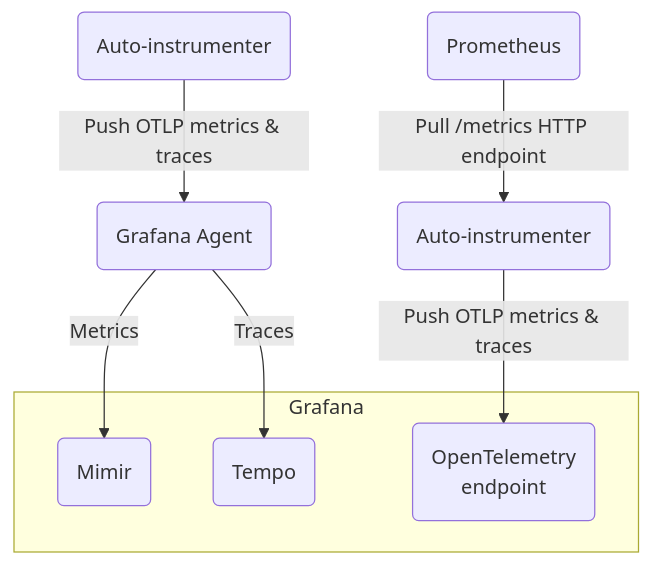
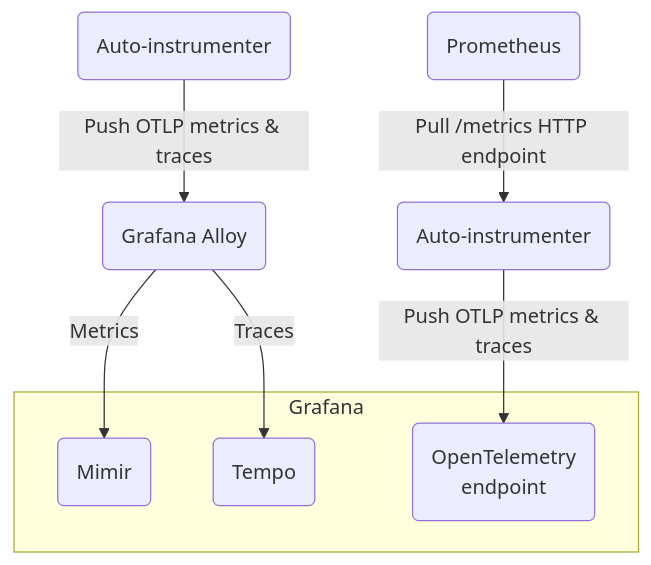
Before and after one commit to grafana/beyla: the diagram in docs/sources/flowchart/agent-vs-direct.mmd, drawn with Mermaid. The commit also changed 7 other files, not shown here.

Commit message:
Rename agent to alloy

```diff
--- a/docs/sources/flowchart/agent-vs-direct.mmd
+++ b/docs/sources/flowchart/agent-vs-direct.mmd
@@ -1,15 +1,15 @@
 flowchart TD
-    EA1(Auto-instrumenter)  --> |Push OTLP metrics & traces| GA1(Grafana Agent)
+    EA1(Auto-instrumenter)  --> |Push OTLP metrics & traces| GA1(Grafana Alloy)
 
     subgraph Grafana
         M(Mimir)
         T(Tempo)
         OTLP(OpenTelemetry<br/>endpoint)
     end
 
     GA1 --> |Metrics| M
     GA1 --> |Traces| T
 
     EA2(Auto-instrumenter) --> |Push OTLP metrics & traces| OTLP
 
     P(Prometheus) --> |Pull /metrics HTTP endpoint| EA2
```
